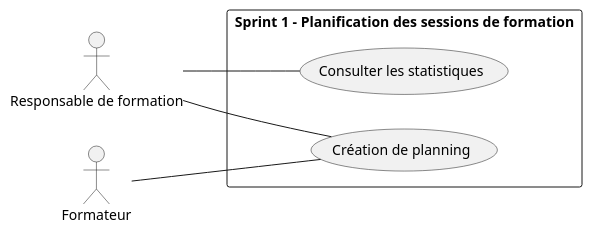
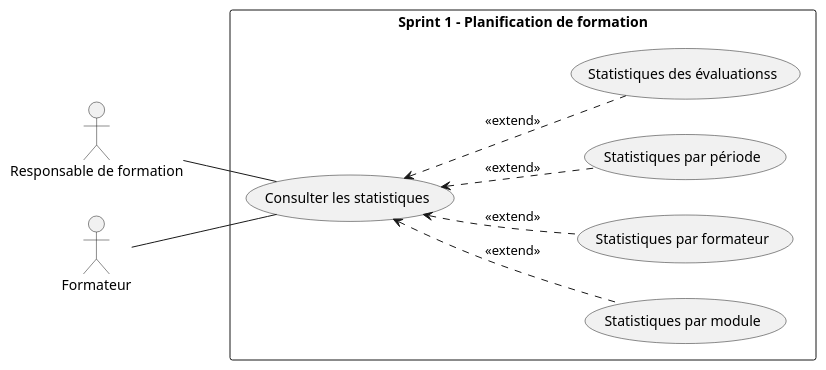
One commit to ZOUBAIRDouae/Projet_Fil_Rouge changed the diagram in BrancheFonctionnelle/usecase_sprint1.pu. Above: the diagram before and after it, drawn with PlantUML. The commit also changed 313 other files, not shown here.

```diff
--- a/BrancheFonctionnelle/usecase_sprint1.pu
+++ b/BrancheFonctionnelle/usecase_sprint1.pu
@@ -1,27 +1,25 @@
 @startuml
 left to right direction
 
-actor "Responsable de formation" as Admin
-actor "Formateur" as Formateur
+actor "Responsable de formation" as RF
+actor Formateur
 
-' Sprint 1
-rectangle "Sprint 1 - Planification des sessions de formation" {
+rectangle "Sprint 1 - Planification de formation" {
+    usecase "Consulter les statistiques" as UC1
+    usecase "Statistiques par module" as UC2
+    usecase "Statistiques par formateur" as UC3
+    usecase "Statistiques par période" as UC4
+    usecase "Statistiques des évaluationss" as UC5
 
-    usecase "Consulter les statistiques" as UC1
-    usecase "Création de planning" as UC2
 
+    UC1 <.. UC2 : <<extend>>
+    UC1 <.. UC3 : <<extend>>
+    UC1 <.. UC4 : <<extend>>
+    UC1 <.. UC5 : <<extend>>
 }
 
-
-
-Admin -- UC1
-Admin -- UC2
-
-
-Formateur -- UC2
-
-
-
+RF -- UC1
+Formateur -- UC1
 
 
 @enduml
```
